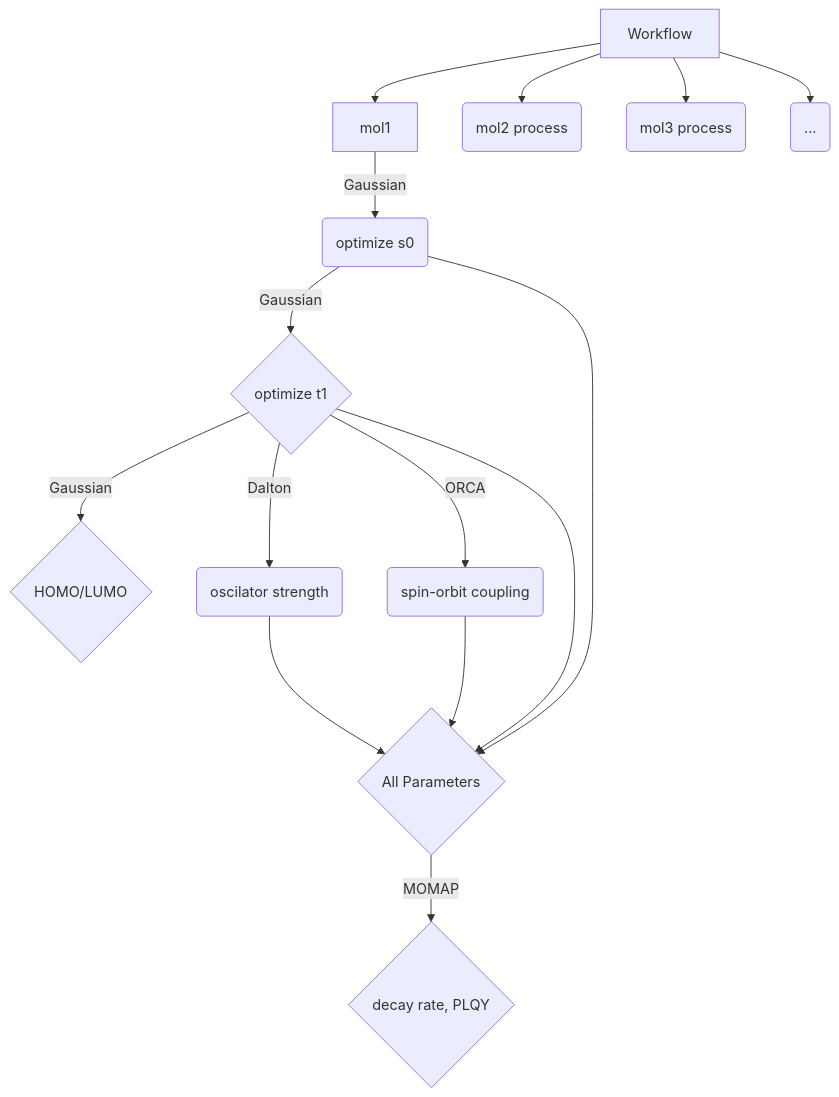
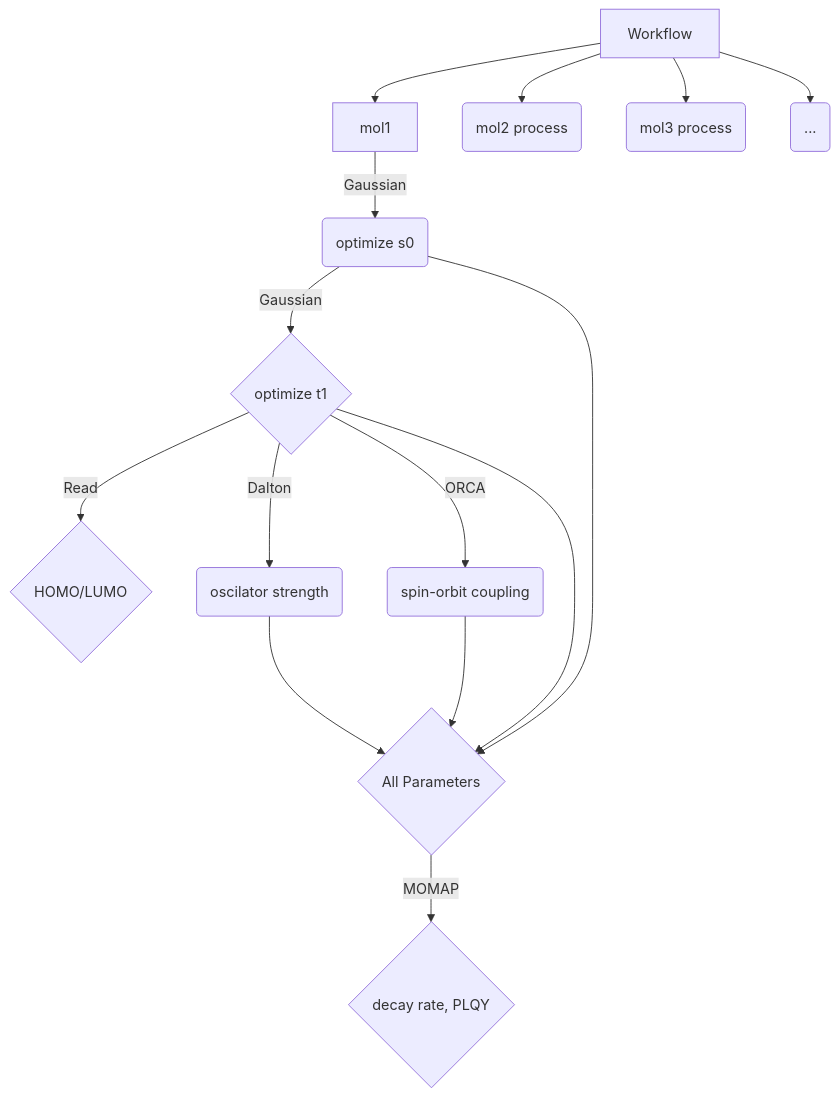
One commit to jiangtong1000/PhorsOLED_flow changed the diagram in ReadMe.md. Above: the diagram before and after it, drawn with Mermaid. The commit also changed 2 other files, not shown here.

````diff
--- a/ReadMe.md
+++ b/ReadMe.md
@@ -29,17 +29,17 @@
   ```mermaid
     graph
    T[Workflow] --> E
   E[mol1] -->|Gaussian|F(optimize s0)
   F -->|Gaussian|A{optimize t1}
-  A -->|Gaussian|H{HOMO/LUMO}
+  A -->|Read|H{HOMO/LUMO}
   A -->|Dalton|B(oscilator strength)
   A -->|ORCA|C(spin-orbit coupling)
   B -->D
   C --> D
   A --> D
   F --> D{All Parameters}
   D -->|MOMAP| G{decay rate, PLQY}
   T[Workflow] --> E3(mol2 process)
   T[Workflow] --> E2(mol3 process)
   T[Workflow] --> E4(...)
   ```
````
